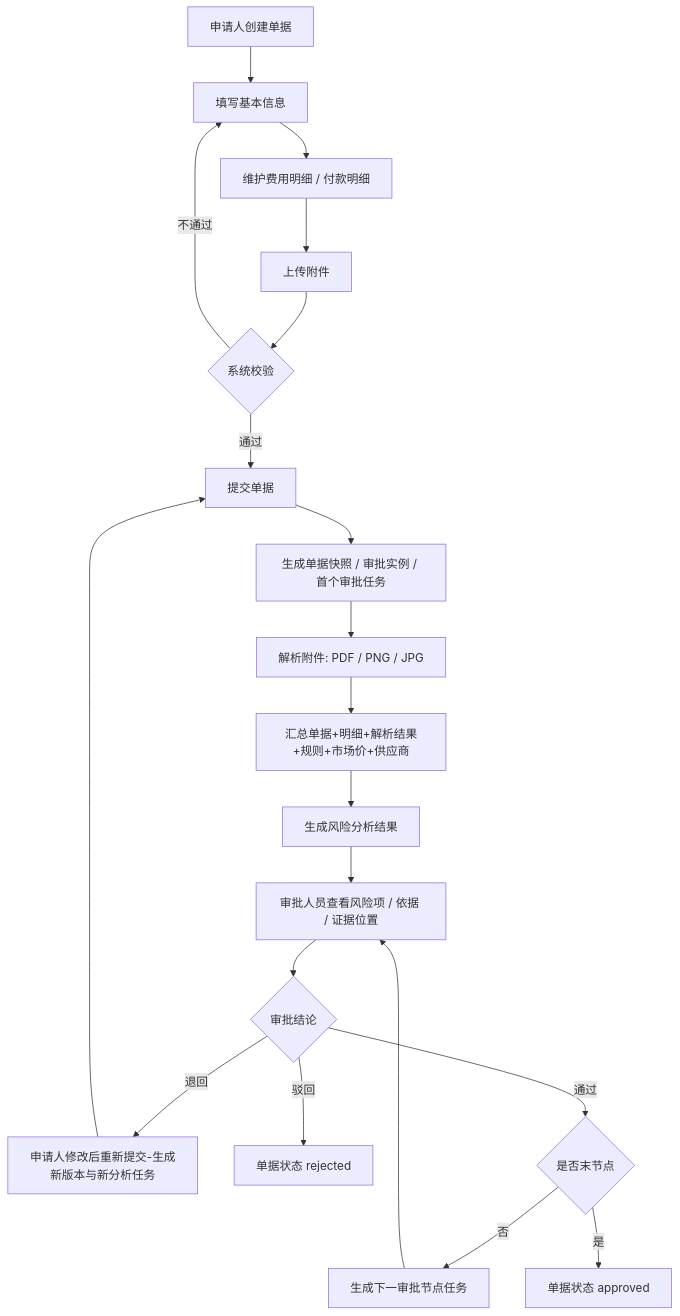
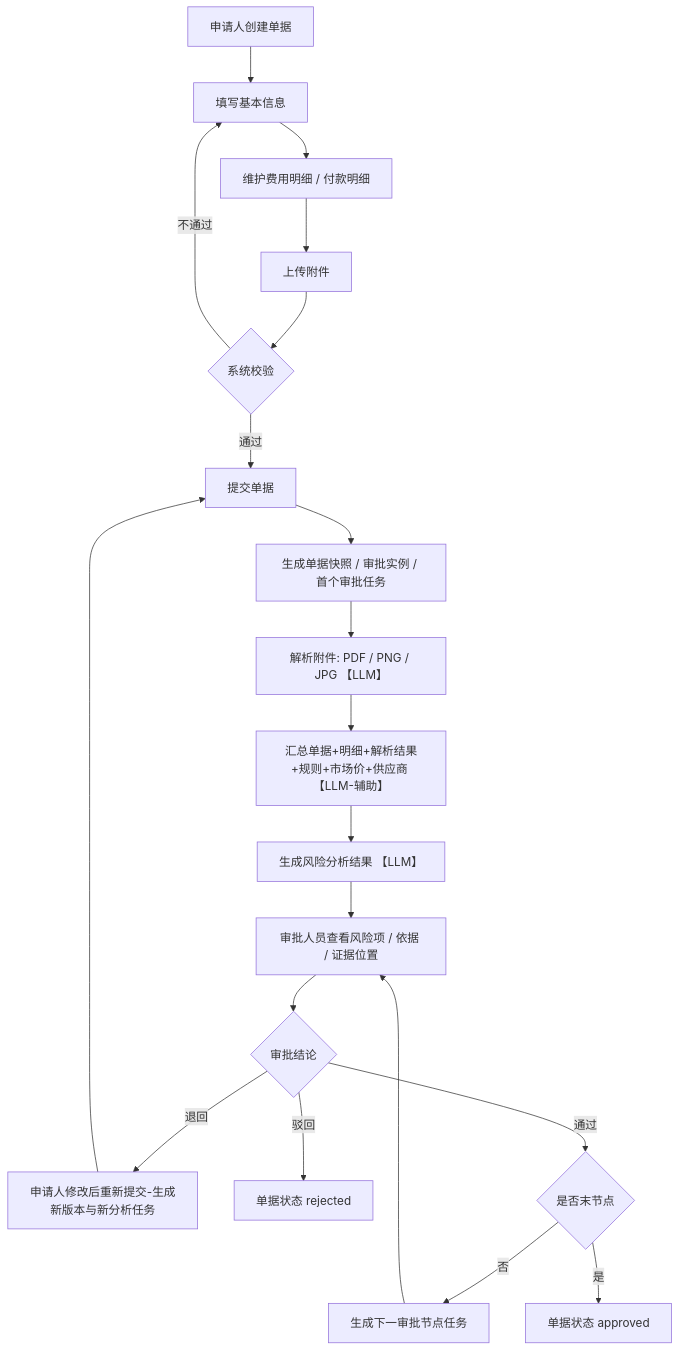
The first of 3 diagrams in docs/PRD-财务单据智能风险审核系统.md (guozhiwen666/Financial-Audit), drawn with Mermaid before and after one commit. The commit also changed other lines of this file and 21 other files, not shown here.

````diff
--- a/docs/PRD-财务单据智能风险审核系统.md
+++ b/docs/PRD-财务单据智能风险审核系统.md
@@ -306,22 +309,22 @@
 ```mermaid
 flowchart TD
     A[申请人创建单据] --> B[填写基本信息]
     B --> C[维护费用明细 / 付款明细]
     C --> D[上传附件]
     D --> E{系统校验}
     E -- 不通过 --> B
     E -- 通过 --> F[提交单据]
     F --> G[生成单据快照 / 审批实例 / 首个审批任务]
-    G --> H[解析附件: PDF / PNG / JPG]
-    H --> I[汇总单据+明细+解析结果+规则+市场价+供应商]
-    I --> J[生成风险分析结果]
+    G --> H[解析附件: PDF / PNG / JPG 【LLM】]
+    H --> I[汇总单据+明细+解析结果+规则+市场价+供应商 【LLM-辅助】]
+    I --> J[生成风险分析结果 【LLM】]
     J --> K[审批人员查看风险项 / 依据 / 证据位置]
     K --> L{审批结论}
     L -- 退回 --> M[申请人修改后重新提交-生成新版本与新分析任务]
     M --> F
     L -- 驳回 --> N[单据状态 rejected]
     L -- 通过 --> O{是否末节点}
     O -- 否 --> P[生成下一审批节点任务]
     P --> K
     O -- 是 --> Q[单据状态 approved]
 ```
````
